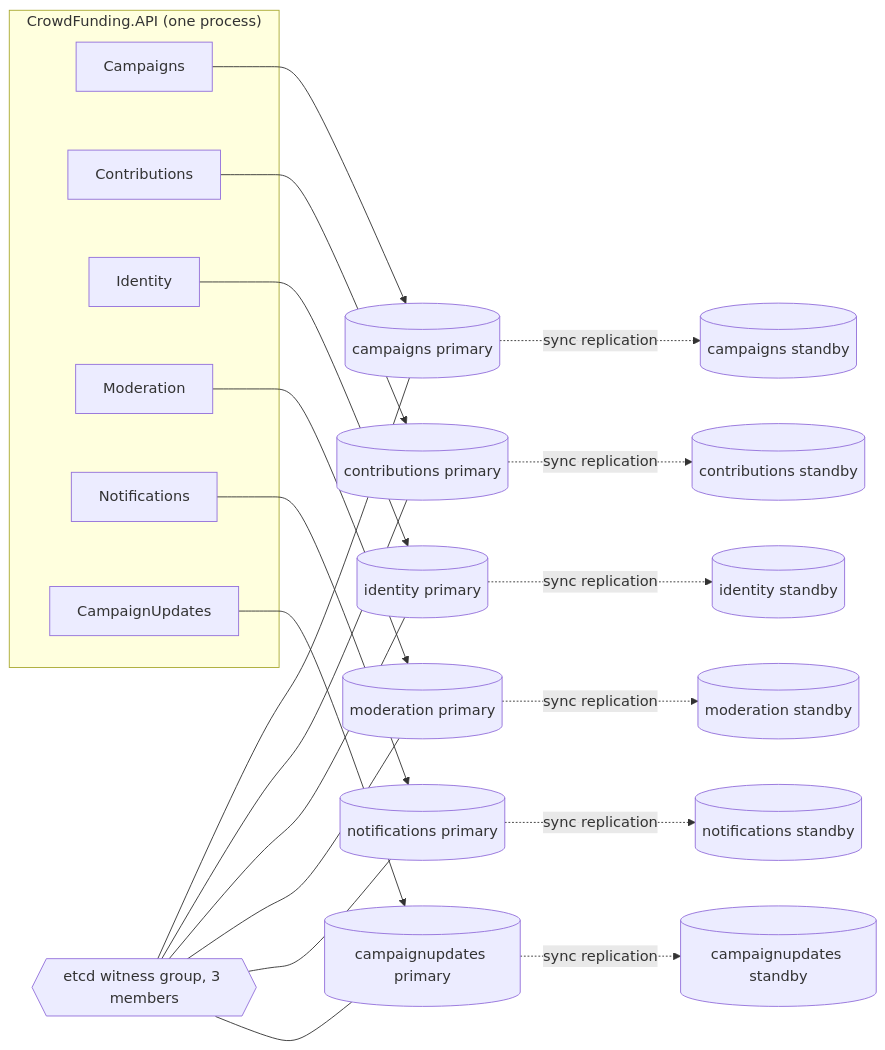
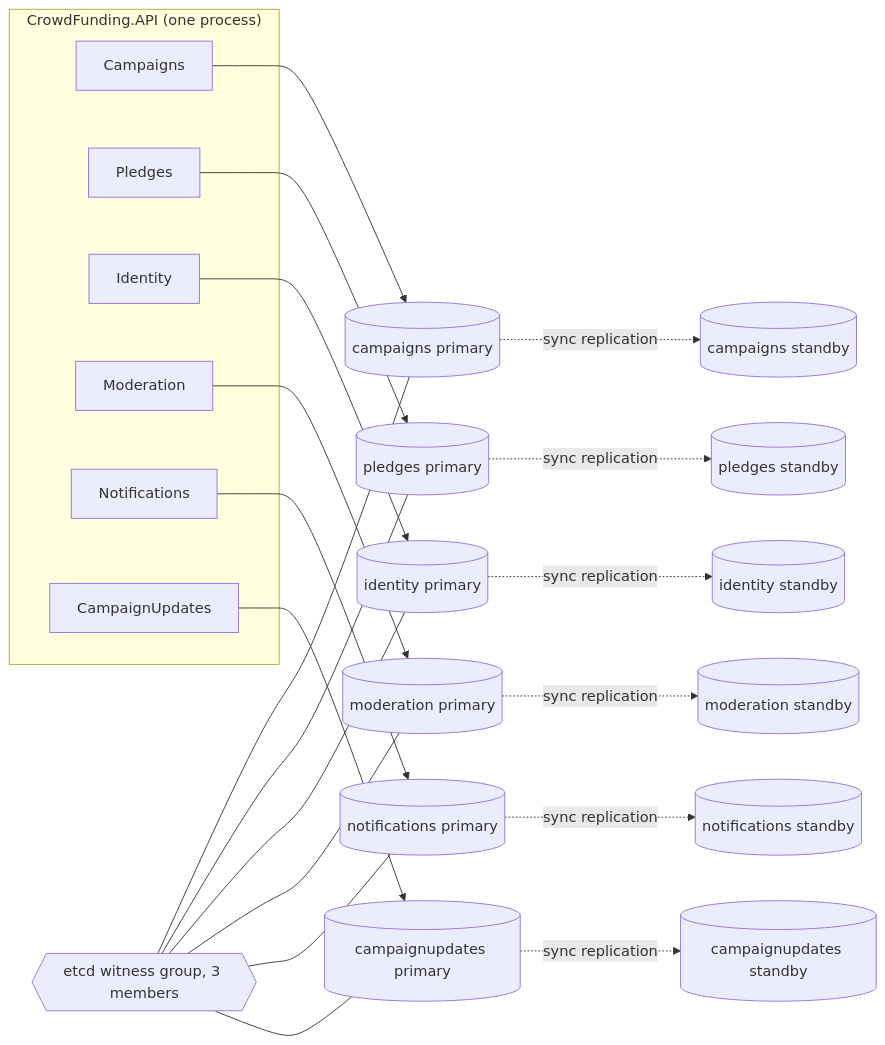
One commit to maysamgamini/crowdfundinghub changed the first of 3 diagrams in docs/LOCAL_DISTRIBUTION_AND_HA_PLAN.md. Above: the diagram before and after it, drawn with Mermaid. The commit also changed other lines of this file and 571 other files, not shown here.

````diff
--- a/docs/LOCAL_DISTRIBUTION_AND_HA_PLAN.md
+++ b/docs/LOCAL_DISTRIBUTION_AND_HA_PLAN.md
@@ -54,26 +54,26 @@
 ```mermaid
 flowchart LR
   subgraph API["CrowdFunding.API (one process)"]
     C[Campaigns]
-    K[Contributions]
+    K[Pledges]
     I[Identity]
     M[Moderation]
     N[Notifications]
     U[CampaignUpdates]
   end
   C --> CP[(campaigns primary)]
   CP -. sync replication .-> CS[(campaigns standby)]
-  K --> KP[(contributions primary)]
-  KP -. sync replication .-> KS[(contributions standby)]
+  K --> KP[(pledges primary)]
+  KP -. sync replication .-> KS[(pledges standby)]
   I --> IP[(identity primary)]
   IP -. sync replication .-> IS[(identity standby)]
   M --> MP[(moderation primary)] -. sync replication .-> MS[(moderation standby)]
   N --> NP[(notifications primary)] -. sync replication .-> NS[(notifications standby)]
   U --> UP[(campaignupdates primary)] -. sync replication .-> US[(campaignupdates standby)]
   W{{etcd witness group, 3 members}} --- CP
   W --- KP
   W --- IP
   W --- MP
   W --- NP
   W --- UP
 ```
````
